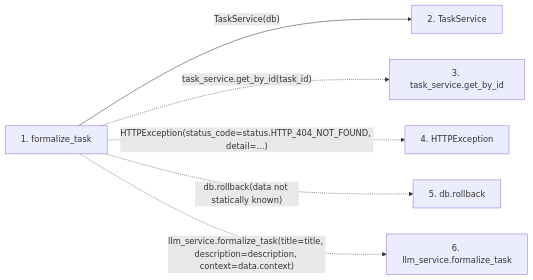
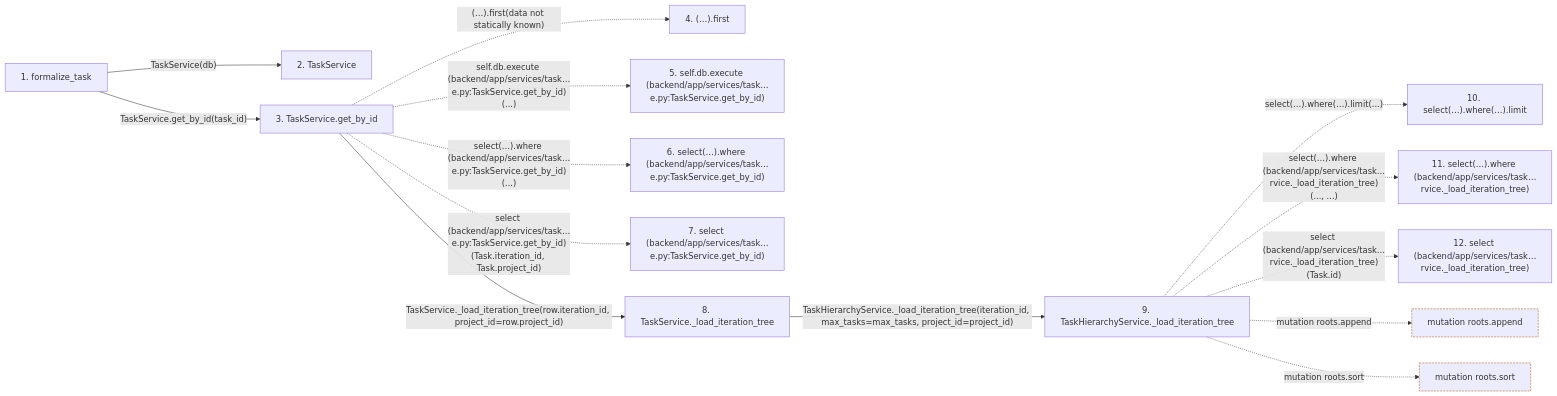
One commit to Denissvgn/WorkChord changed the second of 2 diagrams in docs/llm_wiki/flows/http-formalize_task.md. Above: the diagram before and after it, drawn with Mermaid. The commit also changed other lines of this file and 25171 other files, not shown here.

````diff
--- a/docs/llm_wiki/flows/http-formalize_task.md
+++ b/docs/llm_wiki/flows/http-formalize_task.md
@@ -28,16 +120,38 @@
 ```mermaid
 flowchart LR
     s1["1. formalize_task"]
     s2["2. TaskService"]
-    s3["3. task_service.get_by_id"]
-    s4["4. HTTPException"]
-    s5["5. db.rollback"]
-    s6["6. llm_service.formalize_task"]
+    s3["3. TaskService.get_by_id"]
+    s4["4. (…).first"]
+    s5["5. self.db.execute (backend/app/services/task…e.py:TaskService.get_by_id)"]
+    s6["6. select(…).where (backend/app/services/task…e.py:TaskService.get_by_id)"]
+    s7["7. select (backend/app/services/task…e.py:TaskService.get_by_id)"]
+    s8["8. TaskService._load_iteration_tree"]
+    s9["9. TaskHierarchyService._load_iteration_tree"]
+    s10["10. select(…).where(…).limit"]
+    s11["11. select(…).where (backend/app/services/task…rvice._load_iteration_tree)"]
+    s12["12. select (backend/app/services/task…rvice._load_iteration_tree)"]
     s1 -->|"TaskService(db)"| s2
-    s1 -. "task_service.get_by_id(task_id)" .-> s3
-    s1 -. "HTTPException(status_code=status.HTTP_404_NOT_FOUND, detail=...)" .-> s4
-    s1 -. "db.rollback(data not statically known)" .-> s5
-    s1 -. "llm_service.formalize_task(title=title, description=description, context=data.context)" .-> s6
+    s1 -->|"TaskService.get_by_id(task_id)"| s3
+    s3 -. "(…).first(data not statically known)" .-> s4
+    s3 -. "self.db.execute (backend/app/services/task…e.py:TaskService.get_by_id)(...)" .-> s5
+    s3 -. "select(…).where (backend/app/services/task…e.py:TaskService.get_by_id)(...)" .-> s6
+    s3 -. "select (backend/app/services/task…e.py:TaskService.get_by_id)(Task.iteration_id, Task.project_id)" .-> s7
+    s3 -->|"TaskService._load_iteration_tree(row.iteration_id, project_id=row.project_id)"| s8
+    s8 -->|"TaskHierarchyService._load_iteration_tree(iteration_id, max_tasks=max_tasks, project_id=project_id)"| s9
+    s9 -. "select(…).where(…).limit(...)" .-> s10
+    s9 -. "select(…).where (backend/app/services/task…rvice._load_iteration_tree)(..., ...)" .-> s11
+    s9 -. "select (backend/app/services/task…rvice._load_iteration_tree)(Task.id)" .-> s12
+    b0["mutation roots.append"]
+    s9 -. "mutation roots.append" .-> b0
+    b1["mutation roots.sort"]
+    s9 -. "mutation roots.sort" .-> b1
     click s1 "../modules/routers_llm.md"
     click s2 "../modules/task_service.md"
+    click s3 "../modules/task_service.md"
+    click s8 "../modules/task_service.md"
+    click s9 "../modules/task_hierarchy_service.md"
+    classDef boundary stroke:#b45309,stroke-dasharray: 4 2
+    class b0 boundary
+    class b1 boundary
 ```
````
